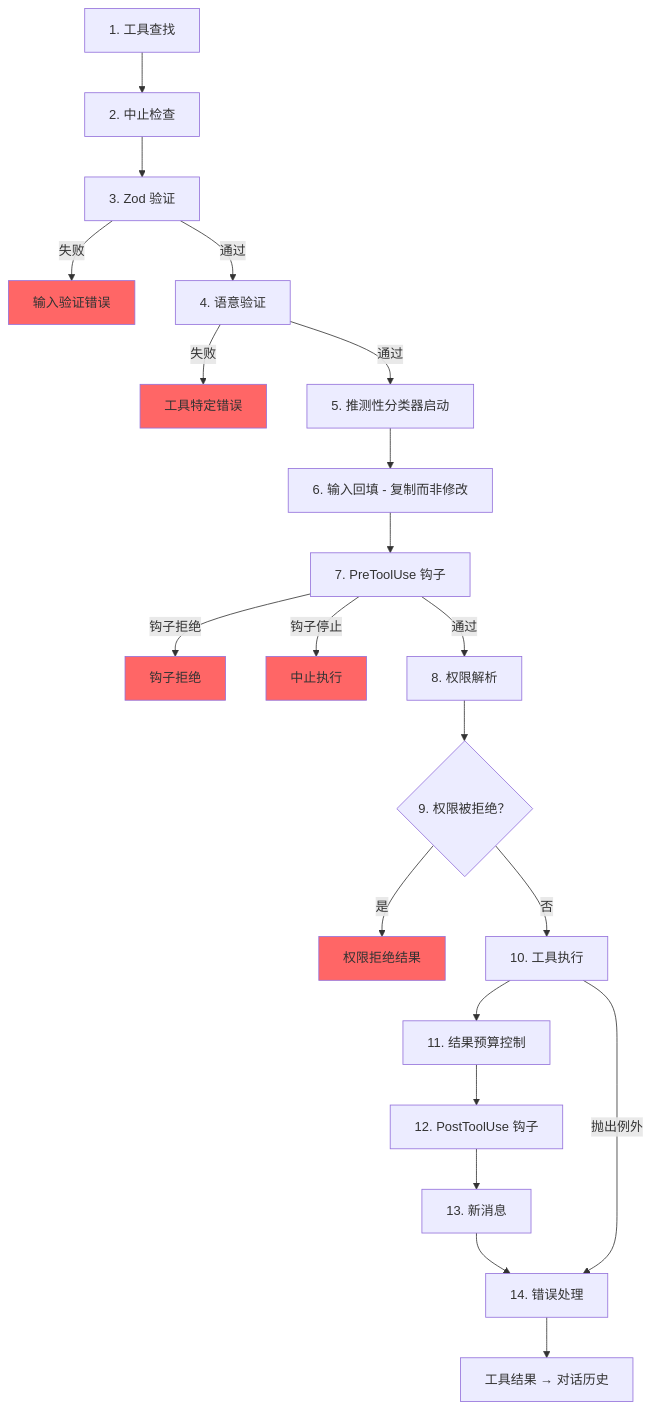
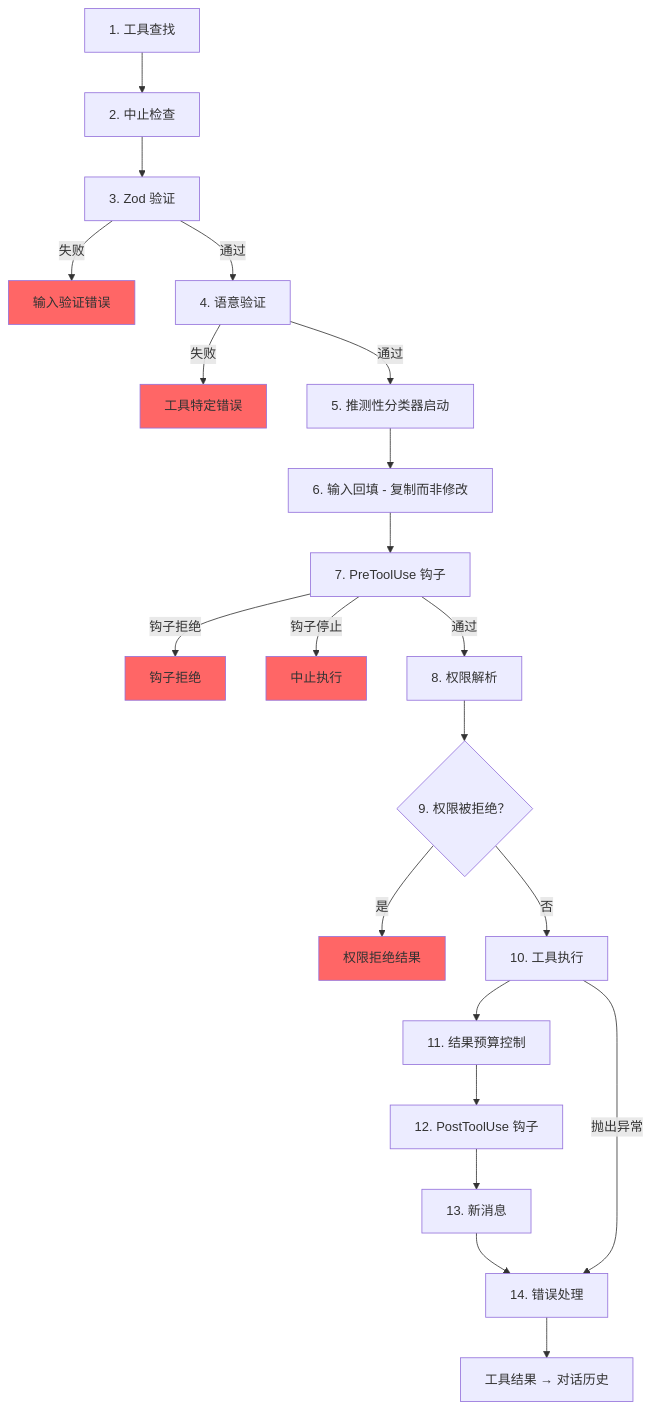
Before and after one commit to Gracker/claude-code-from-source-zh-cn: the diagram in book/ch06-tools.md, drawn with Mermaid. The commit also changed other lines of this file and 16 other files, not shown here.

````diff
--- a/book/ch06-tools.md
+++ b/book/ch06-tools.md
@@ -127,30 +127,30 @@
 ```mermaid
 graph TD
     S1[1. 工具查找] --> S2[2. 中止检查]
     S2 --> S3[3. Zod 验证]
     S3 -->|失败| ERR1[输入验证错误]
     S3 -->|通过| S4[4. 语意验证]
     S4 -->|失败| ERR2[工具特定错误]
     S4 -->|通过| S5[5. 推测性分类器启动]
     S5 --> S6[6. 输入回填 - 复制而非修改]
     S6 --> S7[7. PreToolUse 钩子]
     S7 -->|钩子拒绝| ERR3[钩子拒绝]
     S7 -->|钩子停止| STOP[中止执行]
     S7 -->|通过| S8[8. 权限解析]
     S8 --> S9{9. 权限被拒绝？}
     S9 -->|是| ERR4[权限拒绝结果]
     S9 -->|否| S10[10. 工具执行]
     S10 --> S11[11. 结果预算控制]
     S11 --> S12[12. PostToolUse 钩子]
     S12 --> S13[13. 新消息]
     S13 --> S14[14. 错误处理]
     S14 --> DONE[工具结果 → 对话历史]
 
-    S10 -->|抛出例外| S14
+    S10 -->|抛出异常| S14
 
     style ERR1 fill:#f66
     style ERR2 fill:#f66
     style ERR3 fill:#f66
     style ERR4 fill:#f66
     style STOP fill:#f66
 ```
````
